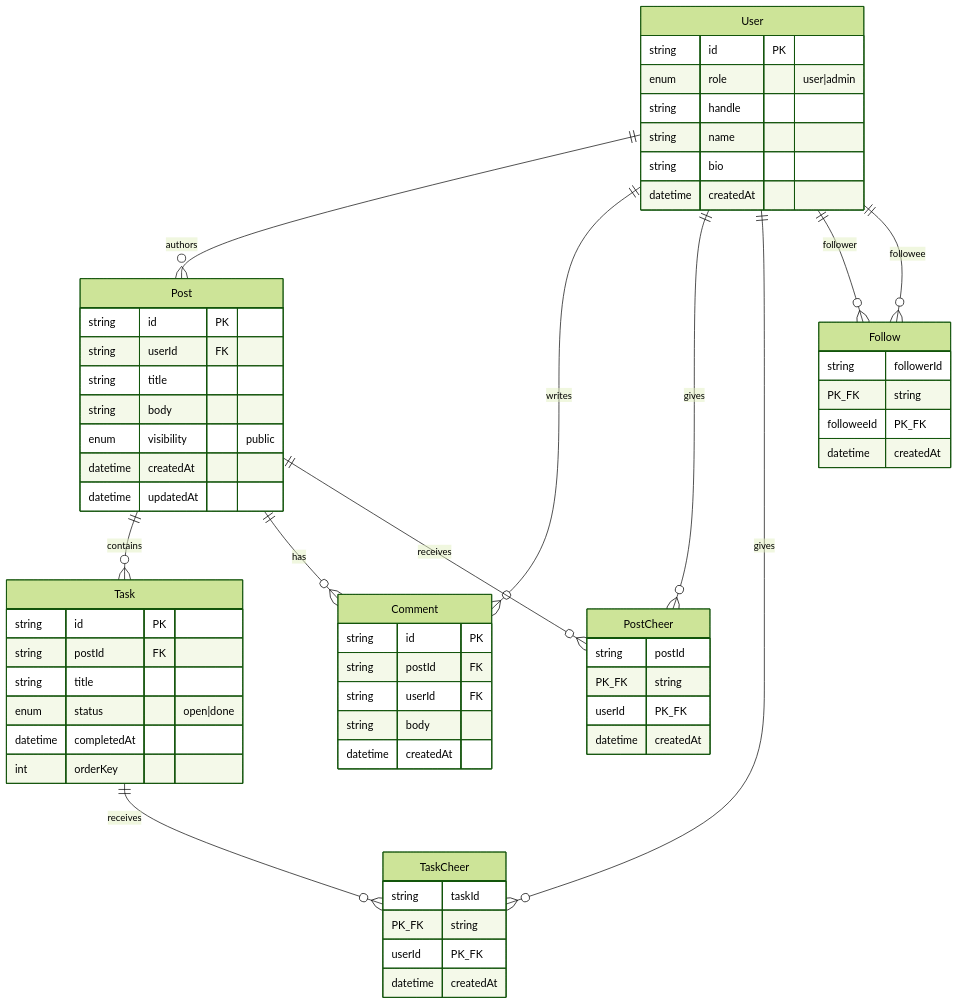
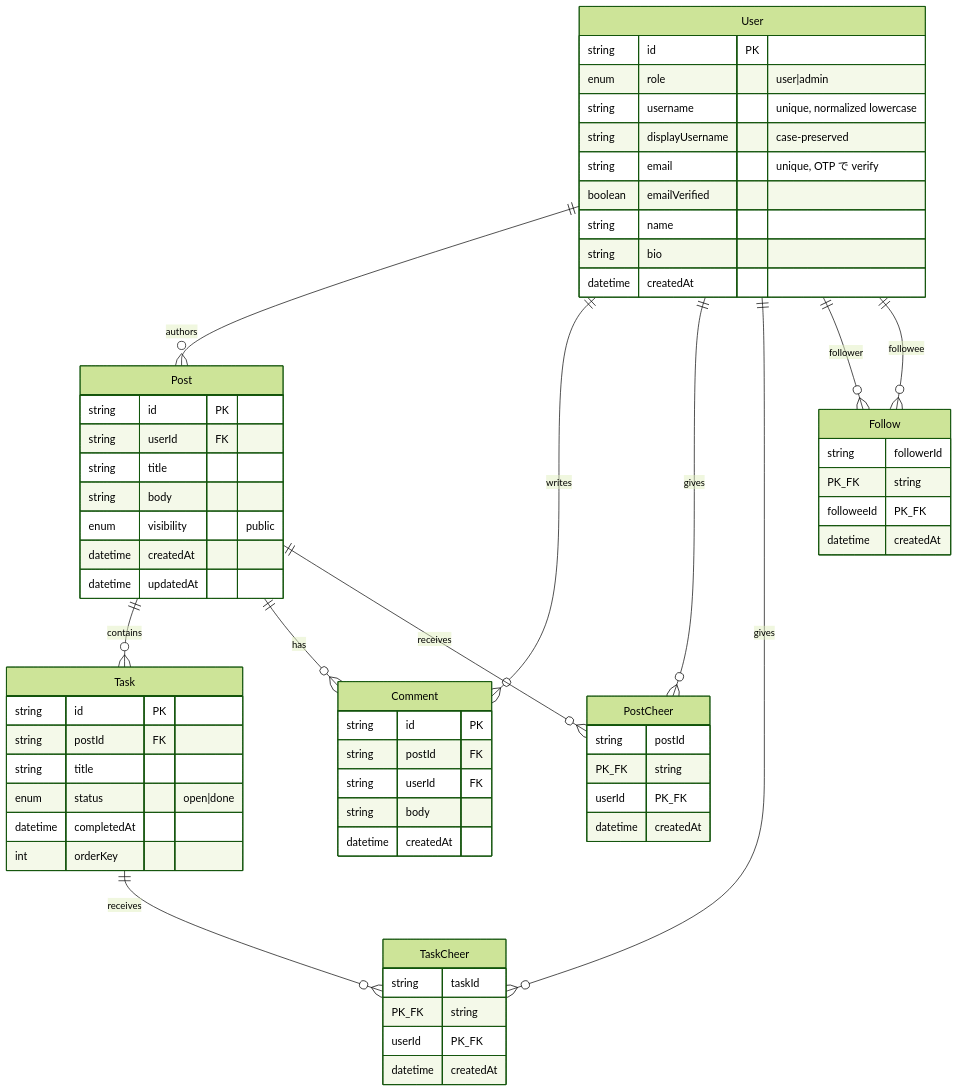
One commit to hwld/evodo-sns changed the second of 2 diagrams in docs/superpowers/specs/2026-05-09-initial-design.md. Above: the diagram before and after it, drawn with Mermaid (forest theme). The commit also changed other lines of this file and 1 other file, not shown here.

````diff
--- a/docs/superpowers/specs/2026-05-09-initial-design.md
+++ b/docs/superpowers/specs/2026-05-09-initial-design.md
@@ -180,61 +183,64 @@
 ```mermaid
 erDiagram
     User ||--o{ Post : authors
     User ||--o{ Comment : writes
     User ||--o{ PostCheer : gives
     User ||--o{ TaskCheer : gives
     User ||--o{ Follow : follower
     User ||--o{ Follow : followee
     Post ||--o{ Task : contains
     Post ||--o{ Comment : has
     Post ||--o{ PostCheer : receives
     Task ||--o{ TaskCheer : receives
 
     User {
         string id PK
         enum role "user|admin"
-        string handle
+        string username "unique, normalized lowercase"
+        string displayUsername "case-preserved"
+        string email "unique, OTP で verify"
+        boolean emailVerified
         string name
         string bio
         datetime createdAt
     }
     Post {
         string id PK
         string userId FK
         string title
         string body
         enum visibility "public"
         datetime createdAt
         datetime updatedAt
     }
     Task {
         string id PK
         string postId FK
         string title
         enum status "open|done"
         datetime completedAt
         int orderKey
     }
     Comment {
         string id PK
         string postId FK
         string userId FK
         string body
         datetime createdAt
     }
     PostCheer {
         string postId PK_FK
         string userId PK_FK
         datetime createdAt
     }
     TaskCheer {
         string taskId PK_FK
         string userId PK_FK
         datetime createdAt
     }
     Follow {
         string followerId PK_FK
         string followeeId PK_FK
         datetime createdAt
     }
 ```
````
